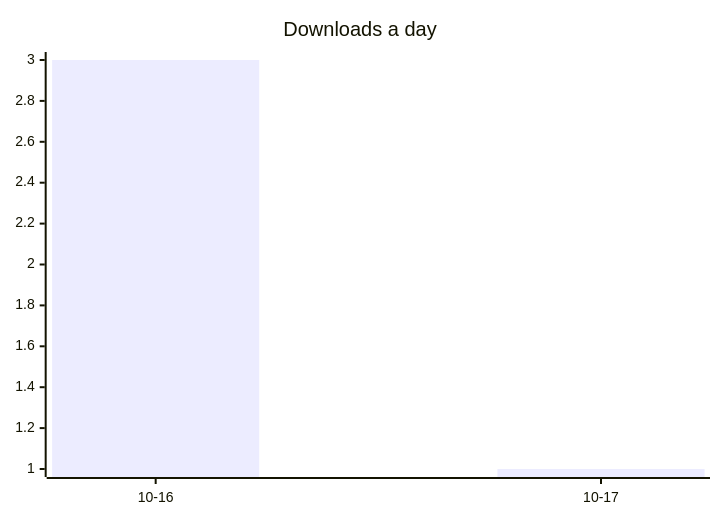
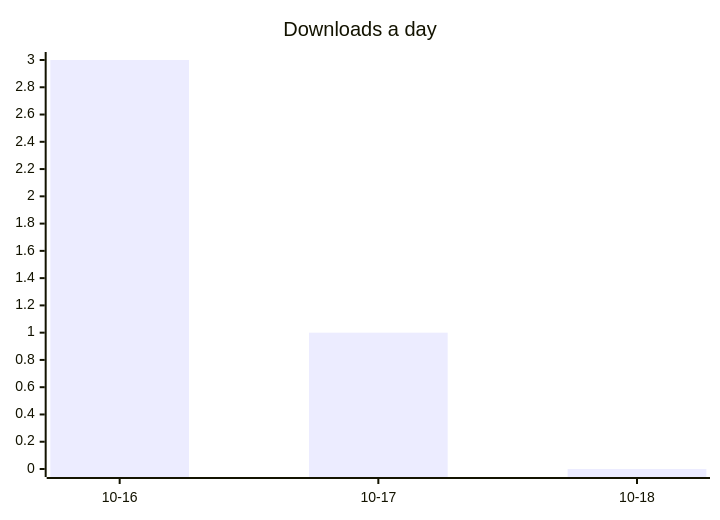
Before and after one commit to ArtemkaGoldMan/ContextSwitcher: the first of 2 diagrams in README.md, drawn with Mermaid. The commit also changed other lines of this file and 3 other files, not shown here.

````diff
--- a/README.md
+++ b/README.md
@@ -29,6 +29,6 @@
 ```mermaid
 xychart-beta
     title "Downloads a day"
-    x-axis ["10-16", "10-17"]
-    bar [3, 1]
+    x-axis ["10-16", "10-17", "10-18"]
+    bar [3, 1, 0]
 ```
````
